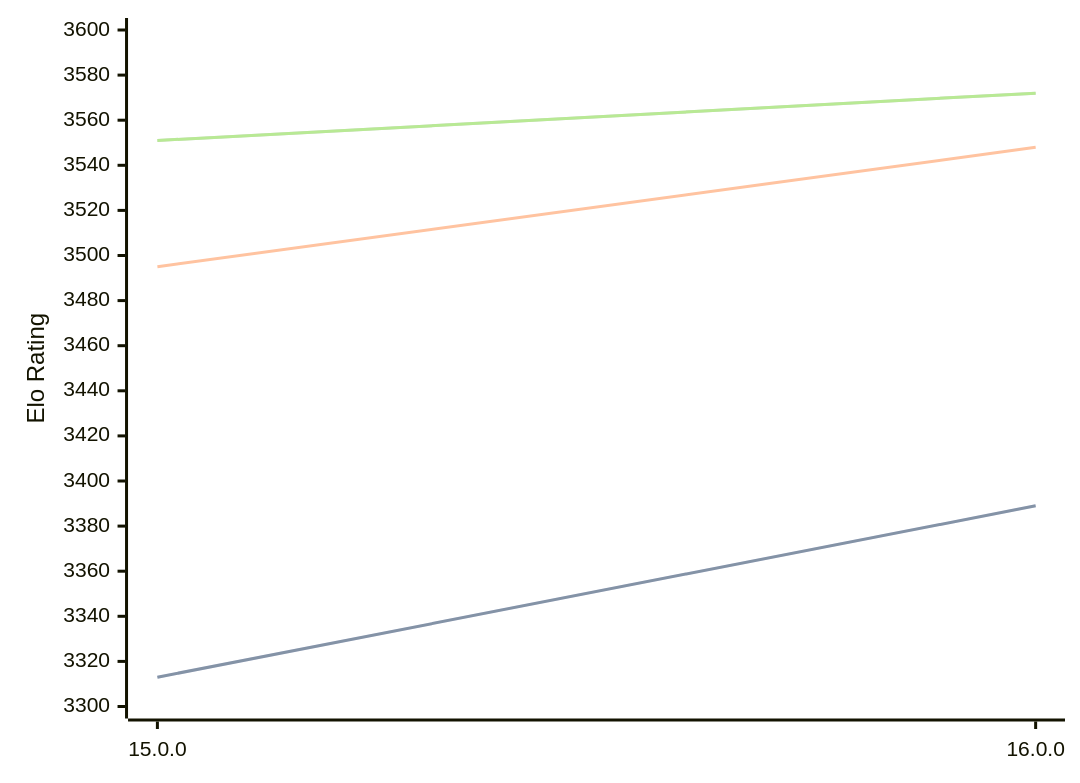
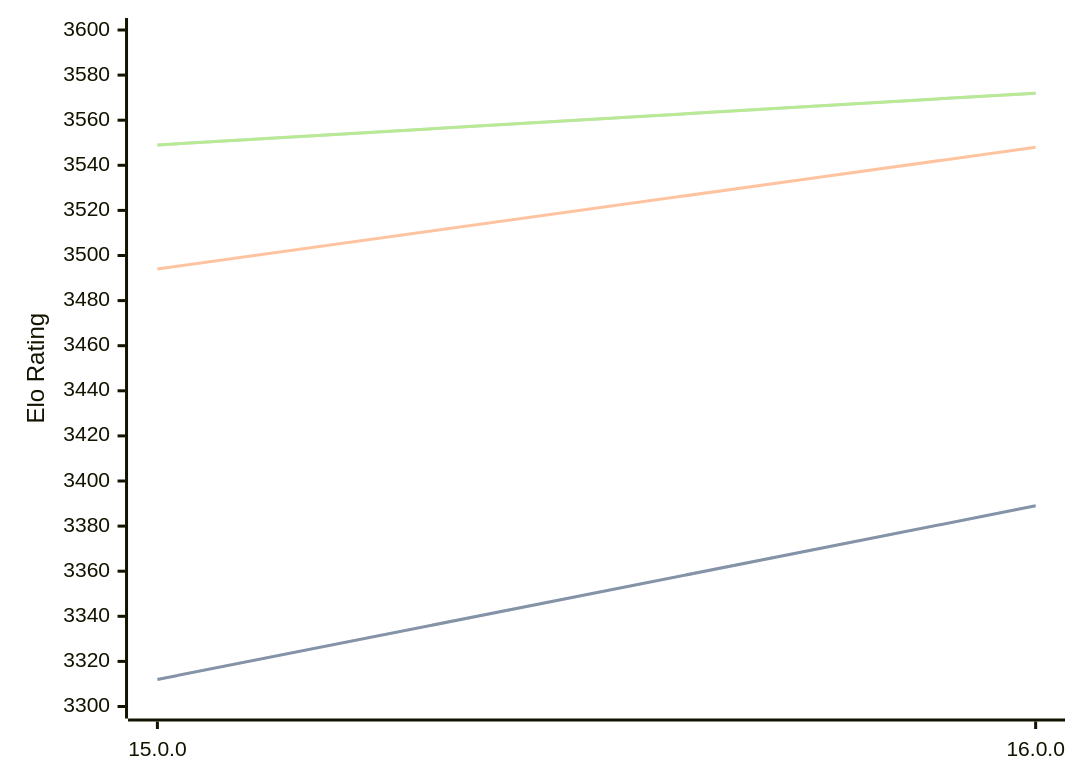
One commit to computer-chess-index/cci changed the diagram in engines/Halogen.md. Above: the diagram before and after it, drawn with Mermaid. The commit also changed other lines of this file, not shown here.

Commit message:
Update CCI Ratings (ELO VLTC) - 2026-04-06

````diff
--- a/engines/Halogen.md
+++ b/engines/Halogen.md
@@ -50,11 +50,11 @@
 ```mermaid
 %%{init: {"theme":"base","themeVariables":{"seriesColors:['#a3a3a3','#222221','#faa371']}}}%%
 xychart-beta
   x-axis ["15.0.0", "16.0.0"]
   y-axis "Elo Rating" 3300 --> 3600
-  line "STC (8.0+0.08s)" [3313, 3389]
-  line "STC (8.0+0.08s)" [3313, 3389]
-  line "LTC (60.0+0.60s)" [3495, 3548]
-  line "VLTC (2m24s+1.12s)" [3551, 3572]
-  line "VLTC (2m24s+1.12s)" [3551, 3572]
+  line "STC (8.0+0.08s)" [3312, 3389]
+  line "STC (8.0+0.08s)" [3312, 3389]
+  line "LTC (60.0+0.60s)" [3494, 3548]
+  line "VLTC (2m24s+1.12s)" [3549, 3572]
+  line "VLTC (2m24s+1.12s)" [3549, 3572]
 ```
````
